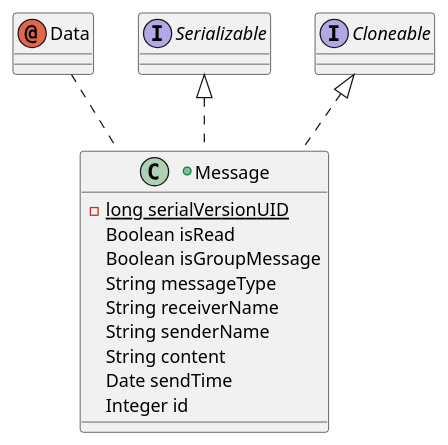
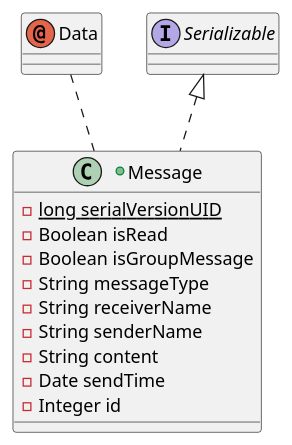
One commit to Guo-Chenxu/chatroom changed the diagram in uml/MessageClassUML.puml. Above: the diagram before and after it, drawn with PlantUML. The commit also changed 16 other files, not shown here.

Commit message:
fix: 完善部分类图 & 增加用户头像

```diff
--- a/uml/MessageClassUML.puml
+++ b/uml/MessageClassUML.puml
@@ -1,23 +1,21 @@
 @startuml
 'https://plantuml.com/class-diagram
 
 annotation Data
 interface Serializable
-interface Cloneable
 
 +class Message {
 -{static}long serialVersionUID
-Boolean isRead
-Boolean isGroupMessage
-String messageType
-String receiverName
-String senderName
-String content
-Date sendTime
-Integer id
+-Boolean isRead
+-Boolean isGroupMessage
+-String messageType
+-String receiverName
+-String senderName
+-String content
+-Date sendTime
+-Integer id
 }
 
 Serializable <|.. Message
 Data .. Message
-Cloneable <|.. Message
 @enduml
```
